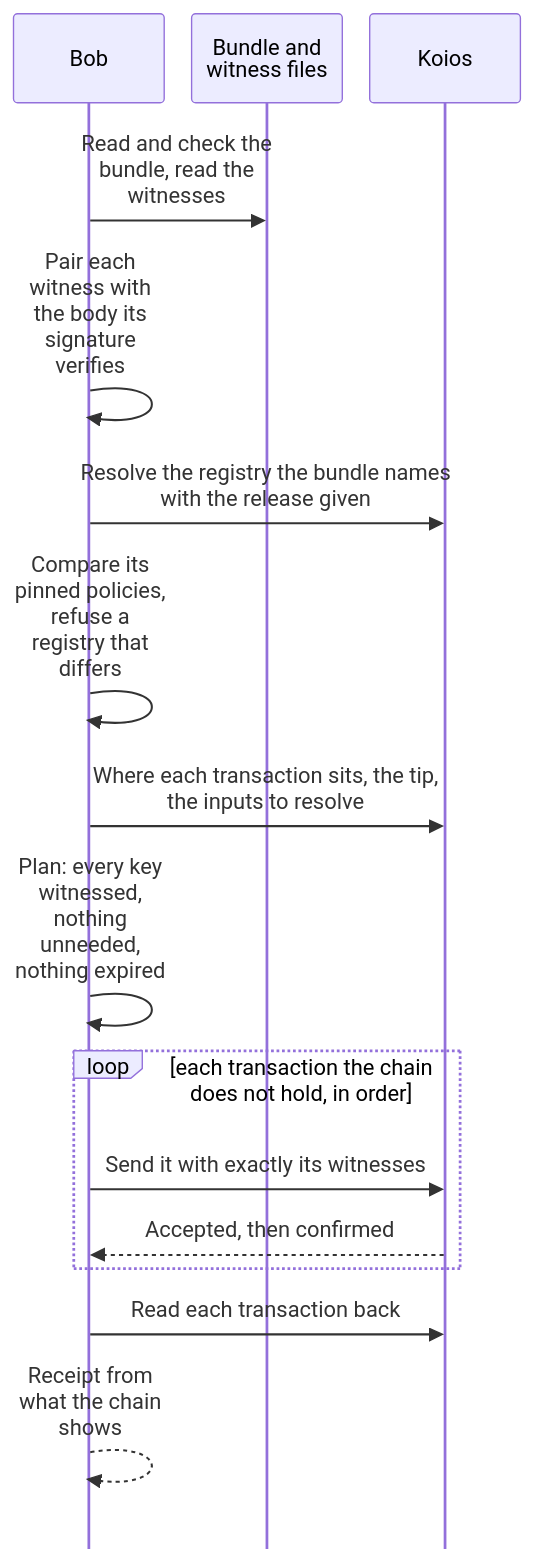
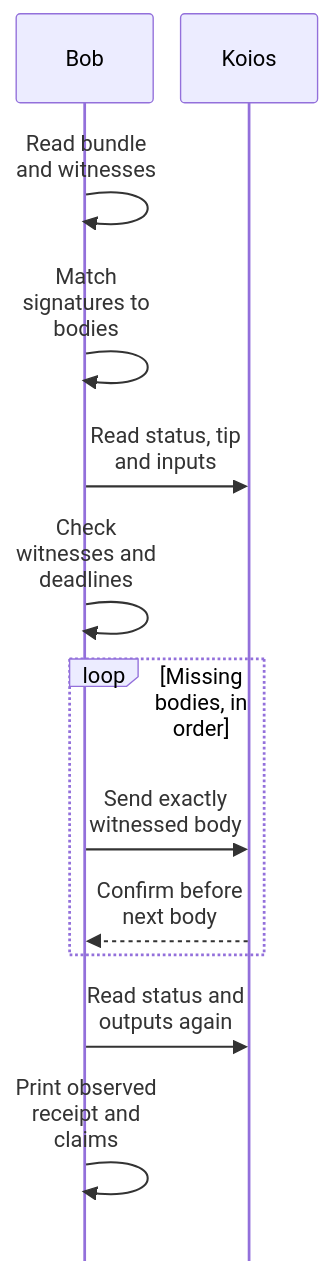
The third of 3 diagrams in docs/singular-node.md (lambdasistemi/singular), drawn with Mermaid before and after one commit. The commit also changed other lines of this file and 21 other files, not shown here.

````diff
--- a/docs/singular-node.md
+++ b/docs/singular-node.md
@@ -356,19 +355,16 @@
 ```mermaid
-%%{init: {'sequence': {'actorMargin': 20, 'width': 110, 'wrap': true, 'mirrorActors': false}}}%%
+%%{init: {'sequence': {'actorMargin': 20, 'width': 100, 'wrap': true, 'mirrorActors': false}}}%%
 sequenceDiagram
     participant B as Bob
-    participant F as Bundle and witness files
     participant K as Koios
-    B->>F: Read and check the bundle, read the witnesses
-    B->>B: Pair each witness with the body its signature verifies
-    B->>K: Resolve the registry the bundle names with the release given
-    B->>B: Compare its pinned policies, refuse a registry that differs
-    B->>K: Where each transaction sits, the tip, the inputs to resolve
-    B->>B: Plan: every key witnessed, nothing unneeded, nothing expired
-    loop each transaction the chain does not hold, in order
-        B->>K: Send it with exactly its witnesses
-        K-->>B: Accepted, then confirmed
+    B->>B: Read bundle and witnesses
+    B->>B: Match signatures to bodies
+    B->>K: Read status, tip and inputs
+    B->>B: Check witnesses and deadlines
+    loop Missing bodies, in order
+        B->>K: Send exactly witnessed body
+        K-->>B: Confirm before next body
     end
-    B->>K: Read each transaction back
-    B-->>B: Receipt from what the chain shows
+    B->>K: Read status and outputs again
+    B->>B: Print observed receipt and claims
 ```
````
